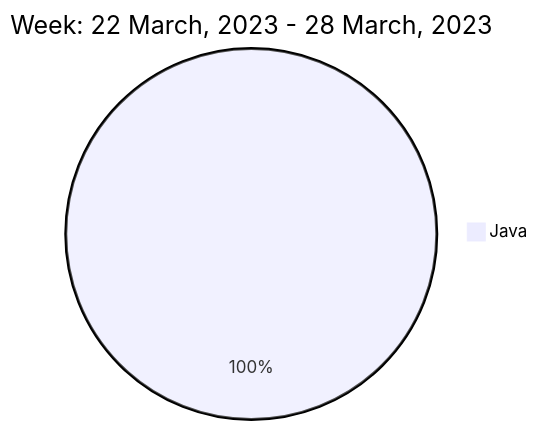
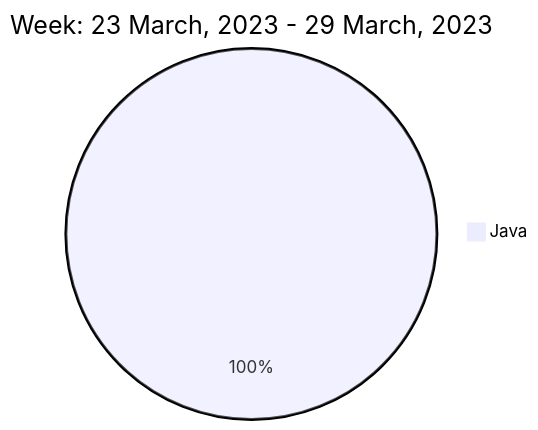
One commit to liubin95/liubin95 changed the diagram in README.md. Above: the diagram before and after it, drawn with Mermaid.

Commit message:
Updated the Graph with new Metrics

````diff
--- a/README.md
+++ b/README.md
@@ -40,5 +40,5 @@
 ```mermaid
  pie
-title Week: 22 March, 2023 - 28 March, 2023
+title Week: 23 March, 2023 - 29 March, 2023
  "Java" : 2.23
 ```
````
